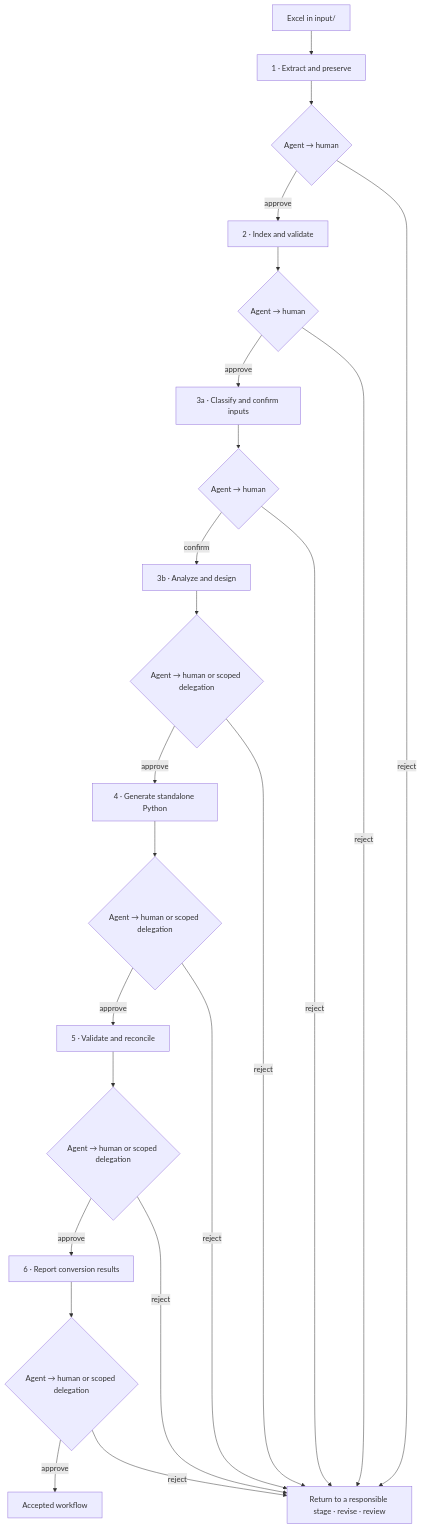
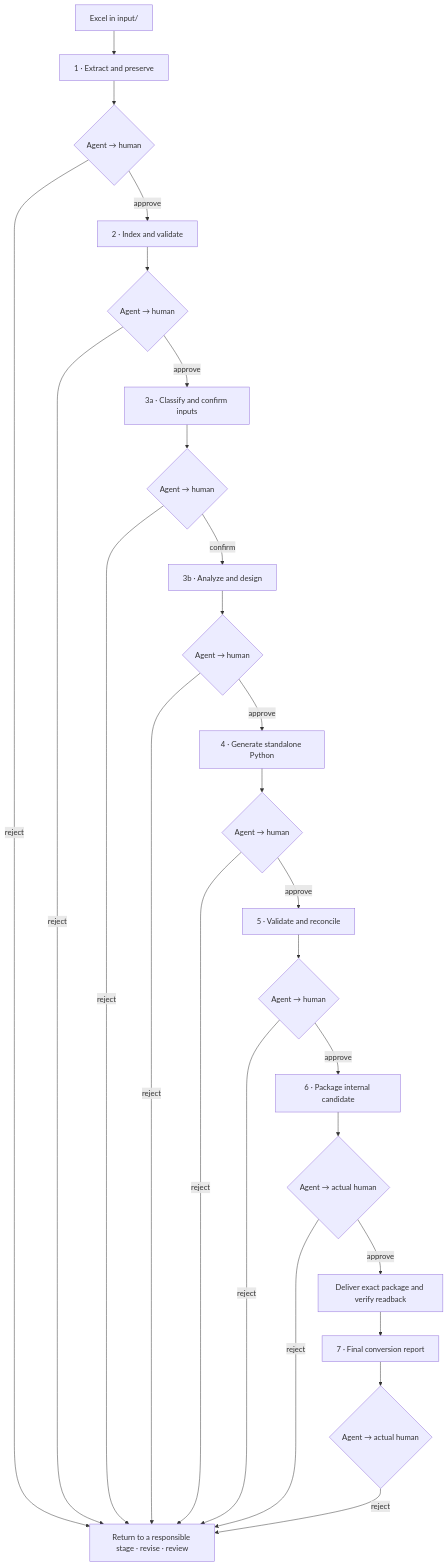
One commit to ferryhe/excel_to_act changed the diagram in README.md. Above: the diagram before and after it, drawn with Mermaid. The commit also changed other lines of this file and 63 other files, not shown here.

First line of the commit message:
Implement the seven-stage conversion workflow (#49)

````diff
--- a/README.md
+++ b/README.md
@@ -9,19 +9,21 @@
 ```mermaid
 flowchart TD
     X[Excel in input/] --> S1[1 · Extract and preserve]
     S1 --> A1{Agent → human}
     A1 -->|approve| S2[2 · Index and validate]
     S2 --> A2{Agent → human}
     A2 -->|approve| S3I[3a · Classify and confirm inputs]
     S3I --> A3I{Agent → human}
     A3I -->|confirm| S3[3b · Analyze and design]
-    S3 --> A3{Agent → human or scoped delegation}
+    S3 --> A3{Agent → human}
     A3 -->|approve| S4[4 · Generate standalone Python]
-    S4 --> A4{Agent → human or scoped delegation}
+    S4 --> A4{Agent → human}
     A4 -->|approve| S5[5 · Validate and reconcile]
-    S5 --> A5{Agent → human or scoped delegation}
-    A5 -->|approve| S6[6 · Report conversion results]
-    S6 --> A6{Agent → human or scoped delegation}
-    A6 -->|approve| D[Accepted workflow]
-    A1 & A2 & A3I & A3 & A4 & A5 & A6 -->|reject| R[Return to a responsible stage · revise · review]
+    S5 --> A5{Agent → human}
+    A5 -->|approve| S6[6 · Package internal candidate]
+    S6 --> A6{Agent → actual human}
+    A6 -->|approve| D[Deliver exact package and verify readback]
+    D --> S7[7 · Final conversion report]
+    S7 --> A7{Agent → actual human}
+    A1 & A2 & A3I & A3 & A4 & A5 & A6 & A7 -->|reject| R[Return to a responsible stage · revise · review]
 ```
````
